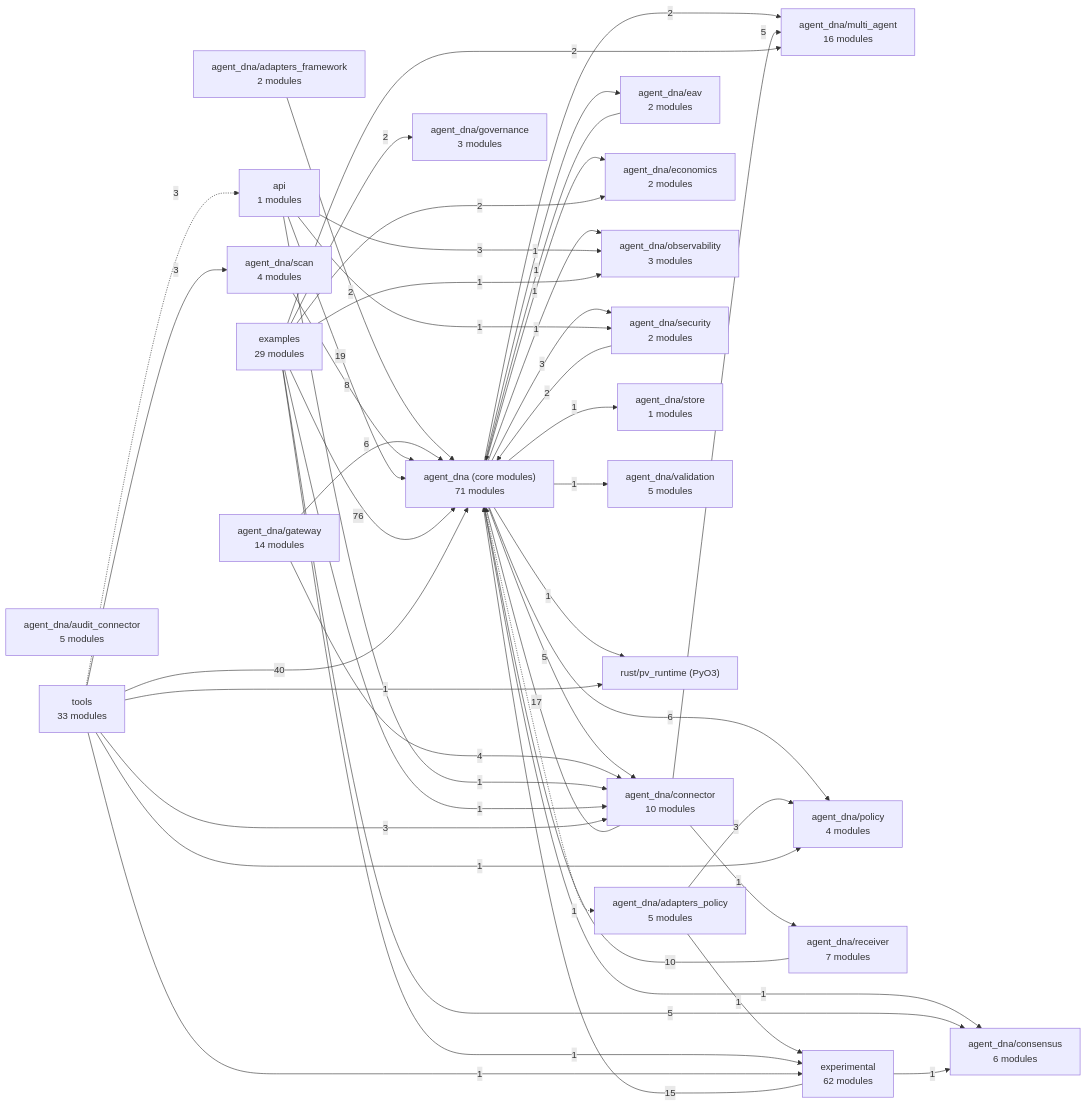
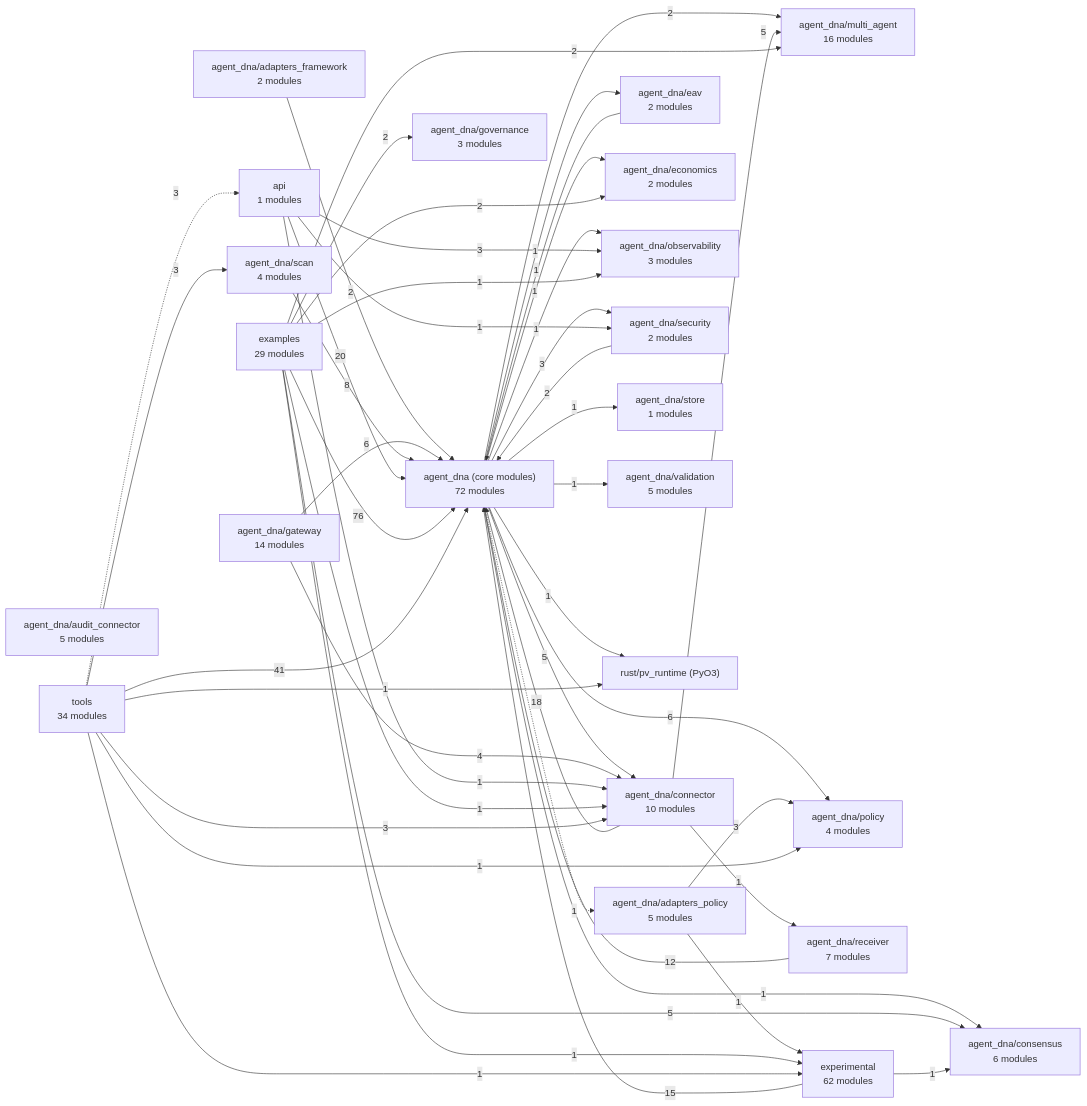
Before and after one commit to LOLA0786/privatevault-agent-dna: the diagram in docs/architecture/MAP.md, drawn with Mermaid. The commit also changed other lines of this file and 29 other files, not shown here.

````diff
--- a/docs/architecture/MAP.md
+++ b/docs/architecture/MAP.md
@@ -7,71 +7,71 @@
 ```mermaid
 flowchart LR
-  n0["agent_dna (core modules)<br/>71 modules"]
+  n0["agent_dna (core modules)<br/>72 modules"]
   n1["agent_dna/adapters_framework<br/>2 modules"]
   n2["agent_dna/adapters_policy<br/>5 modules"]
   n3["agent_dna/audit_connector<br/>5 modules"]
   n4["agent_dna/connector<br/>10 modules"]
   n5["agent_dna/consensus<br/>6 modules"]
   n6["agent_dna/eav<br/>2 modules"]
   n7["agent_dna/economics<br/>2 modules"]
   n8["agent_dna/gateway<br/>14 modules"]
   n9["agent_dna/governance<br/>3 modules"]
   n10["agent_dna/multi_agent<br/>16 modules"]
   n11["agent_dna/observability<br/>3 modules"]
   n12["agent_dna/policy<br/>4 modules"]
   n13["agent_dna/receiver<br/>7 modules"]
   n14["agent_dna/scan<br/>4 modules"]
   n15["agent_dna/security<br/>2 modules"]
   n16["agent_dna/store<br/>1 modules"]
   n17["agent_dna/validation<br/>5 modules"]
   n18["api<br/>1 modules"]
   n19["examples<br/>29 modules"]
   n20["experimental<br/>62 modules"]
   n21["rust/pv_runtime (PyO3)"]
-  n22["tools<br/>33 modules"]
+  n22["tools<br/>34 modules"]
   n0 -.->|1| n2
   n0 -->|5| n4
   n0 -->|1| n5
   n0 -->|1| n6
   n0 -->|1| n7
   n0 -->|2| n10
   n0 -->|1| n11
   n0 -->|6| n12
   n0 -->|3| n15
   n0 -->|1| n16
   n0 -->|1| n17
   n0 -->|1| n21
   n1 -->|2| n0
   n2 -->|3| n12
   n2 -->|1| n20
-  n4 -->|17| n0
+  n4 -->|18| n0
   n4 -->|5| n10
   n4 -->|1| n13
   n6 -->|1| n0
   n8 -->|6| n0
   n8 -->|4| n4
-  n13 -->|10| n0
+  n13 -->|12| n0
   n14 -->|8| n0
   n15 -->|2| n0
-  n18 -->|19| n0
+  n18 -->|20| n0
   n18 -->|1| n4
   n18 -->|3| n11
   n18 -->|1| n15
   n19 -->|76| n0
   n19 -->|1| n4
   n19 -->|5| n5
   n19 -->|2| n7
   n19 -->|2| n9
   n19 -->|2| n10
   n19 -->|1| n11
   n19 -->|1| n20
   n20 -->|15| n0
   n20 -->|1| n5
-  n22 -->|40| n0
+  n22 -->|41| n0
   n22 -->|3| n4
   n22 -->|1| n12
   n22 -->|3| n14
   n22 -.->|3| n18
   n22 -->|1| n20
   n22 -->|1| n21
 ```
````
